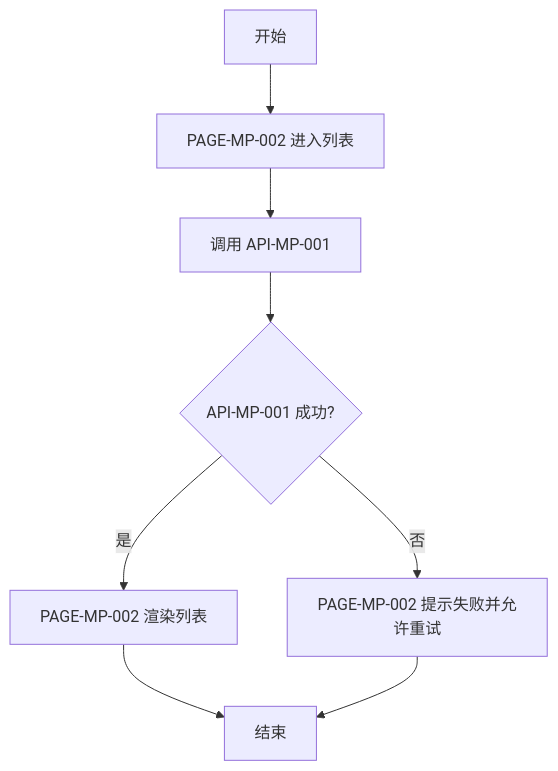
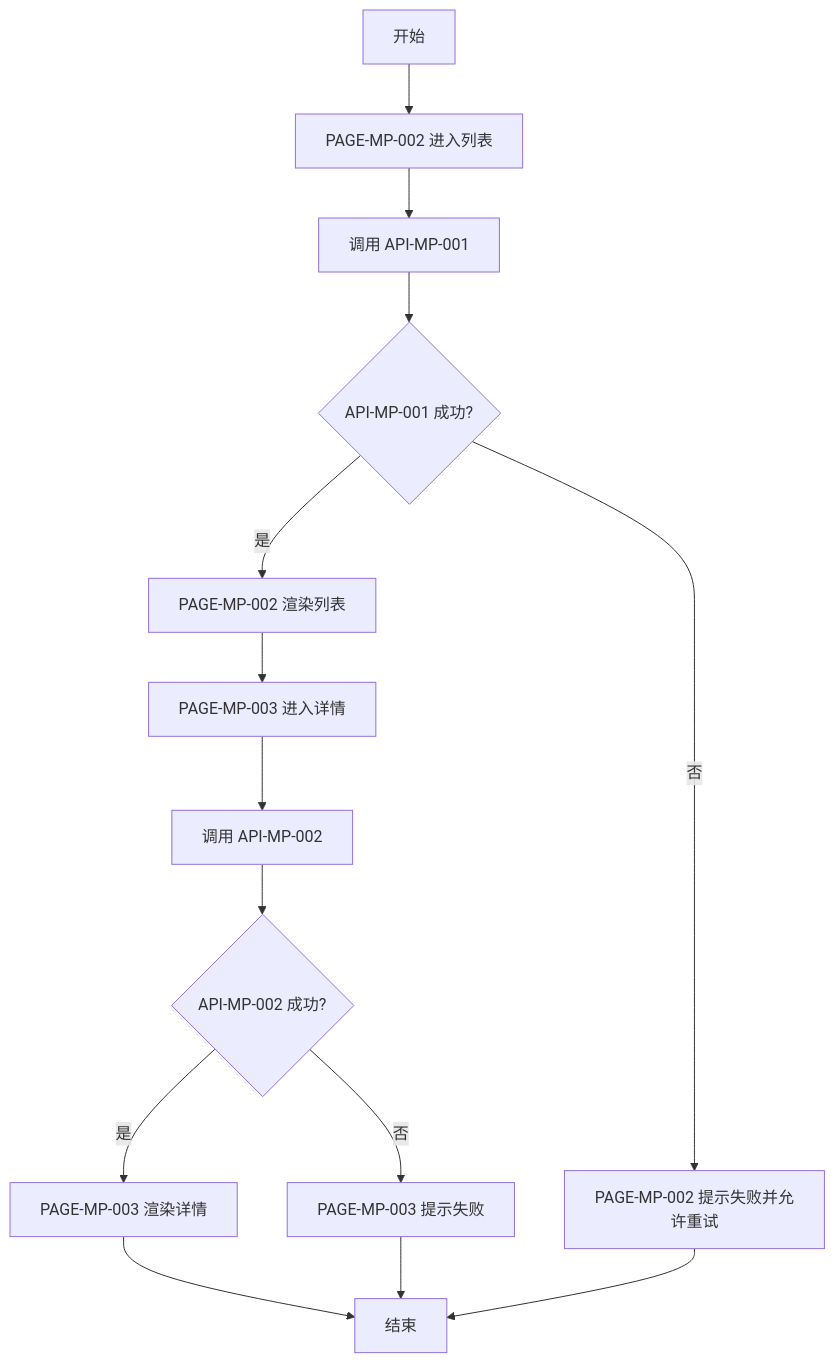
Before and after one commit to NingYuanLee/lny-prd-master: the second of 2 diagrams in examples/mini-shop/feature/FEATURE-001.md, drawn with Mermaid. The commit also changed other lines of this file and 91 other files, not shown here.

````diff
--- a/examples/mini-shop/feature/FEATURE-001.md
+++ b/examples/mini-shop/feature/FEATURE-001.md
@@ -59,10 +66,16 @@
 ```mermaid
 flowchart TD
     startNode[开始] --> enterPage[PAGE-MP-002 进入列表]
     enterPage --> callApi[调用 API-MP-001]
     callApi --> ok{API-MP-001 成功?}
     ok -->|是| showList[PAGE-MP-002 渲染列表]
     ok -->|否| retry[PAGE-MP-002 提示失败并允许重试]
-    showList --> finished[结束]
+    showList --> openDetail[PAGE-MP-003 进入详情]
+    openDetail --> callDetail[调用 API-MP-002]
+    callDetail --> dok{API-MP-002 成功?}
+    dok -->|是| showDetail[PAGE-MP-003 渲染详情]
+    dok -->|否| dRetry[PAGE-MP-003 提示失败]
+    showDetail --> finished[结束]
     retry --> finished
+    dRetry --> finished
 ```
````
